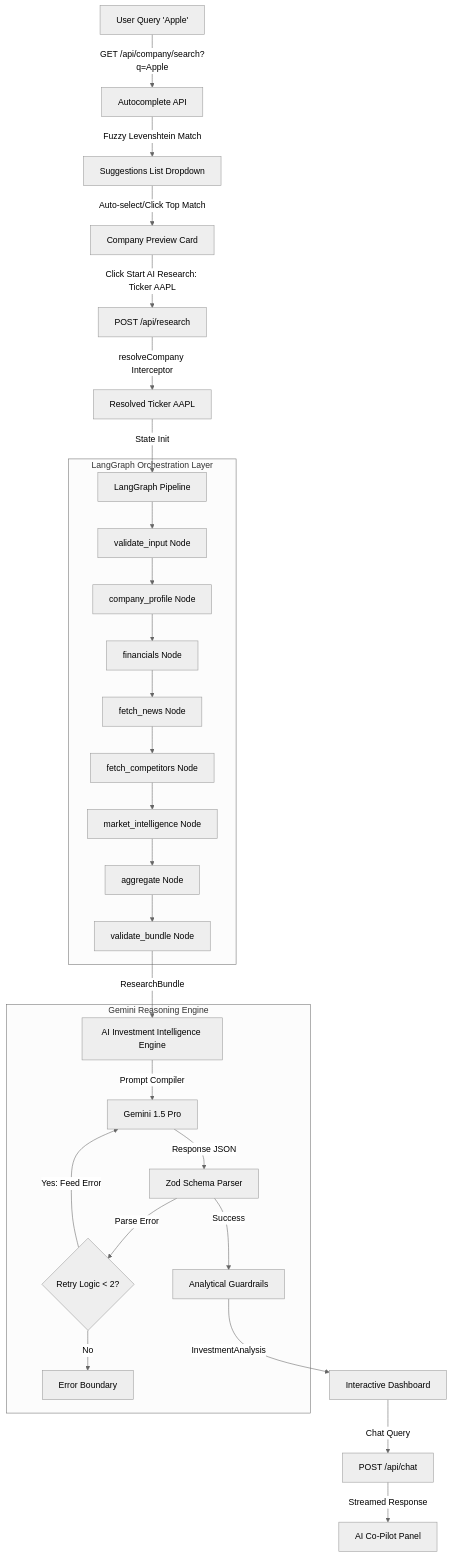
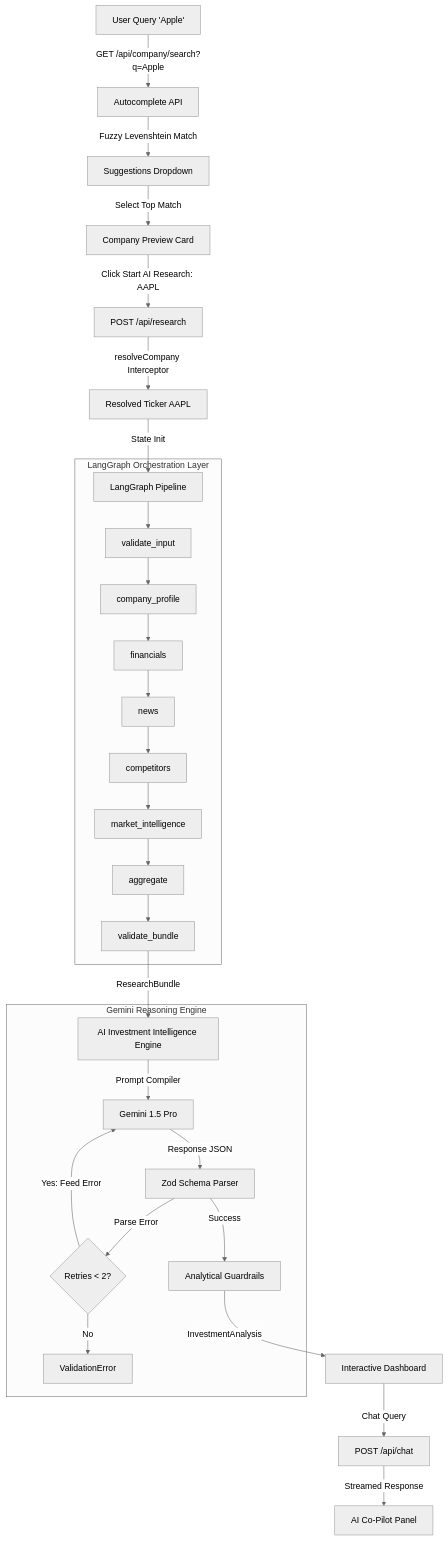
Before and after one commit to Harshsaini555/InvestIQ: the diagram in README.md, drawn with Mermaid (neutral theme). The commit also changed other lines of this file and 59 other files, not shown here.

````diff
--- a/README.md
+++ b/README.md
@@ -36,35 +39,35 @@
 ```mermaid
 graph TD
     A[User Query 'Apple'] -->|GET /api/company/search?q=Apple| B[Autocomplete API]
-    B -->|Fuzzy Levenshtein Match| C[Suggestions List Dropdown]
-    C -->|Auto-select/Click Top Match| D[Company Preview Card]
-    D -->|Click Start AI Research: Ticker AAPL| E[POST /api/research]
+    B -->|Fuzzy Levenshtein Match| C[Suggestions Dropdown]
+    C -->|Select Top Match| D[Company Preview Card]
+    D -->|Click Start AI Research: AAPL| E[POST /api/research]
     E -->|resolveCompany Interceptor| F[Resolved Ticker AAPL]
     F -->|State Init| G[LangGraph Pipeline]
-    
+
     subgraph LangGraph Orchestration Layer
-        G --> H[validate_input Node]
-        H --> I[company_profile Node]
-        I --> J[financials Node]
-        J --> K[fetch_news Node]
-        K --> L[fetch_competitors Node]
-        L --> M[market_intelligence Node]
-        M --> N[aggregate Node]
-        N --> O[validate_bundle Node]
+        G --> H[validate_input]
+        H --> I[company_profile]
+        I --> J[financials]
+        J --> K[news]
+        K --> L[competitors]
+        L --> M[market_intelligence]
+        M --> N[aggregate]
+        N --> O[validate_bundle]
     end
-    
+
     O -->|ResearchBundle| P[AI Investment Intelligence Engine]
-    
+
     subgraph Gemini Reasoning Engine
         P -->|Prompt Compiler| Q[Gemini 1.5 Pro]
         Q -->|Response JSON| R[Zod Schema Parser]
-        R -->|Parse Error| S{Retry Logic < 2?}
+        R -->|Parse Error| S{Retries < 2?}
         S -->|Yes: Feed Error| Q
-        S -->|No| T[Error Boundary]
+        S -->|No| T[ValidationError]
         R -->|Success| U[Analytical Guardrails]
     end
-    
+
     U -->|InvestmentAnalysis| V[Interactive Dashboard]
     V -->|Chat Query| W[POST /api/chat]
     W -->|Streamed Response| X[AI Co-Pilot Panel]
 ```
````
